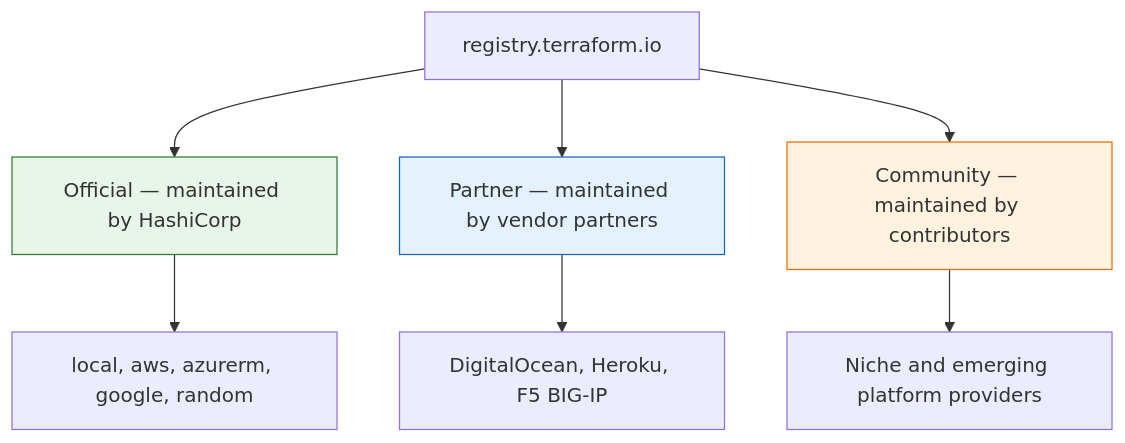
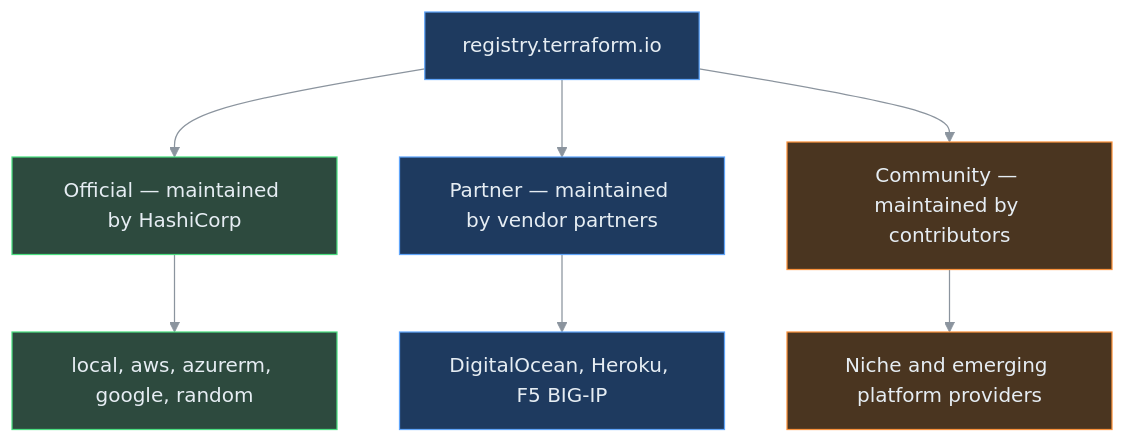
Before and after one commit to nirajp82/Terraform_Basics: the ninth of 9 diagrams in 04_Core_Terraform_Basics/01_Terraform_Provider.md, drawn with Mermaid. The commit also changed other lines of this file and 1 other file, not shown here.

Commit message:
Update Diagram

````diff
--- a/04_Core_Terraform_Basics/01_Terraform_Provider.md
+++ b/04_Core_Terraform_Basics/01_Terraform_Provider.md
@@ -323,14 +346,18 @@
 ```mermaid
+%%{init: {'theme': 'base', 'themeVariables': {'darkMode': true, 'background': 'transparent', 'primaryTextColor': '#e6edf3', 'lineColor': '#8b949e'}}}%%
 flowchart TD
     REG["registry.terraform.io"] --> OFF["Official — maintained by HashiCorp"]
     REG --> PART["Partner — maintained by vendor partners"]
     REG --> COMM["Community — maintained by contributors"]
 
     OFF --> E1["local, aws, azurerm, google, random"]
     PART --> E2["DigitalOcean, Heroku, F5 BIG-IP"]
     COMM --> E3["Niche and emerging platform providers"]
 
-    style OFF fill:#e8f5e9,stroke:#2e7d32
-    style PART fill:#e3f2fd,stroke:#1565c0
-    style COMM fill:#fff3e0,stroke:#ef6c00
+    classDef success fill:#2d4a3e,stroke:#4ade80,color:#e6edf3
+    classDef info fill:#1e3a5f,stroke:#60a5fa,color:#e6edf3
+    classDef warn fill:#4a3520,stroke:#fb923c,color:#e6edf3
+    class OFF,E1 success
+    class REG,PART,E2 info
+    class COMM,E3 warn
 ```
````
